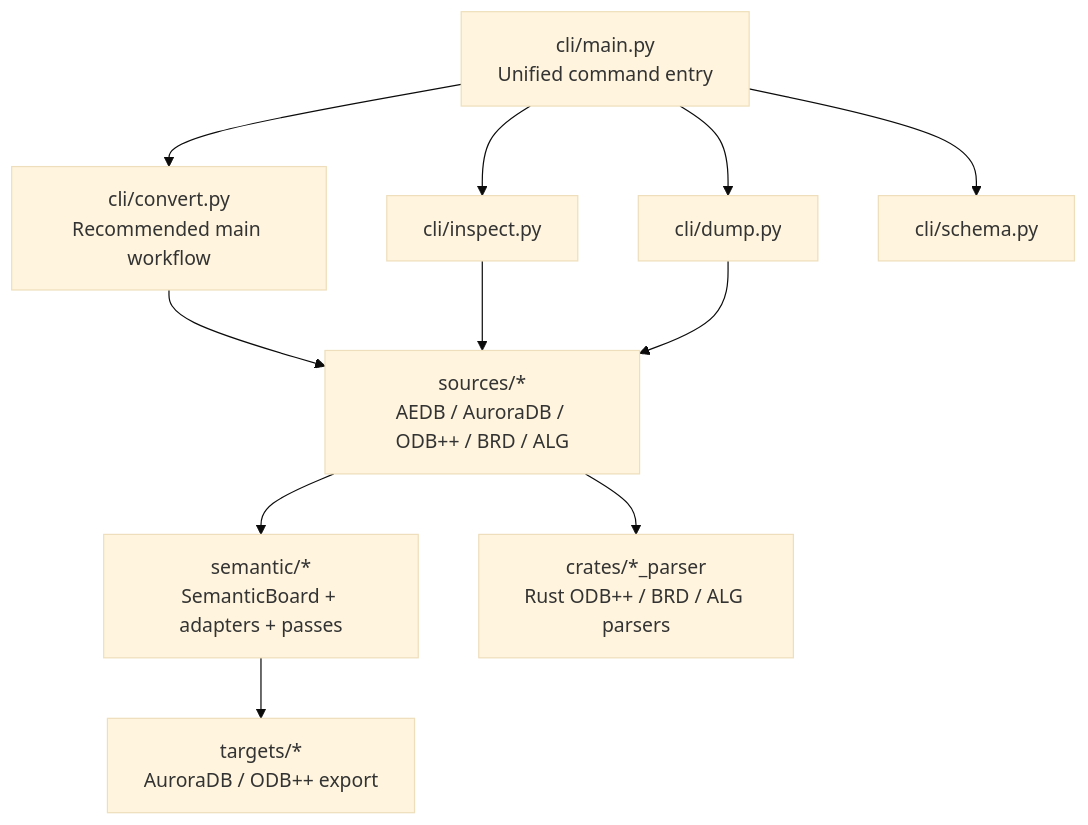
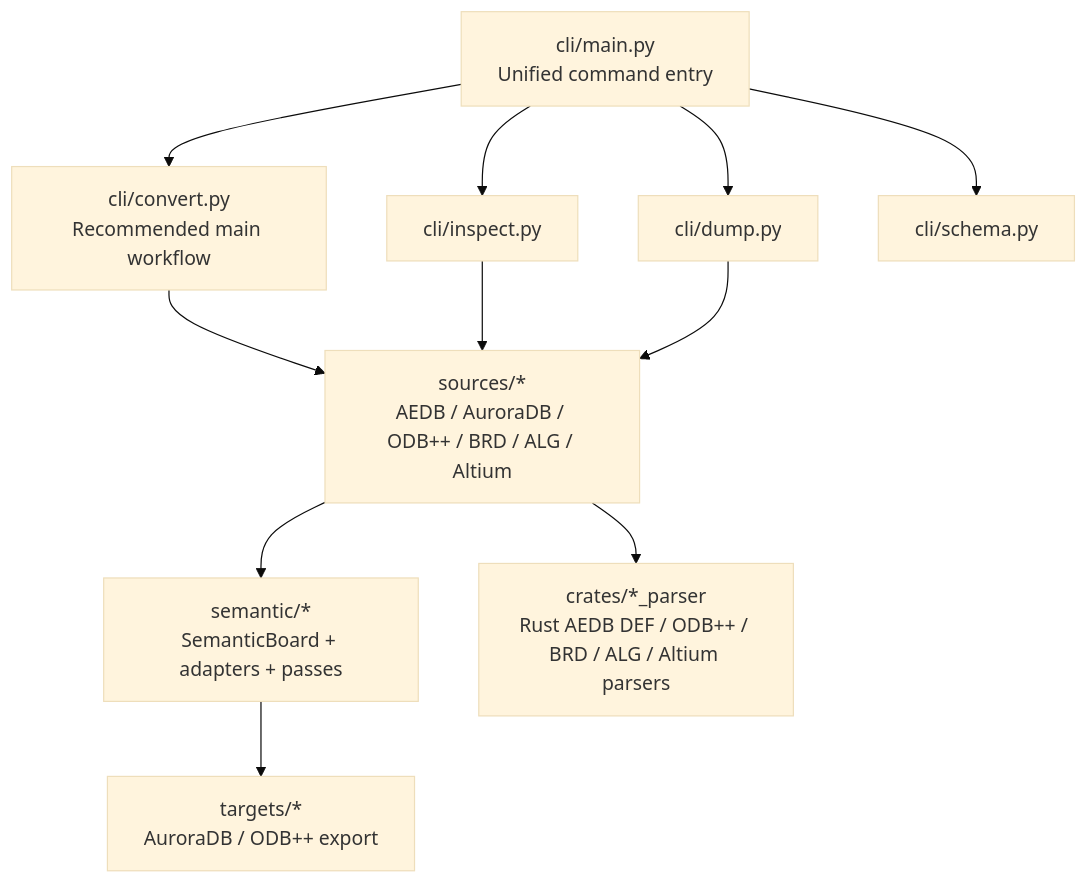
One commit to HaiwenZhang/ZenPCBParser changed the ninth of 16 diagrams in docs/architecture.md. Above: the diagram before and after it, drawn with Mermaid (base theme). The commit also changed other lines of this file and 29 other files, not shown here.

First line of the commit message:
feat(aedb): add Rust AEDB .def parser backend and domain extraction

````diff
--- a/docs/architecture.md
+++ b/docs/architecture.md
@@ -428,23 +431,23 @@
 ```mermaid
 flowchart TD
     cli["cli/main.py<br/>Unified command entry"]
     convert["cli/convert.py<br/>Recommended main workflow"]
     inspect["cli/inspect.py"]
     dump["cli/dump.py"]
     schema["cli/schema.py"]
 
-    sources["sources/*<br/>AEDB / AuroraDB / ODB++ / BRD / ALG"]
+    sources["sources/*<br/>AEDB / AuroraDB / ODB++ / BRD / ALG / Altium"]
     semantic["semantic/*<br/>SemanticBoard + adapters + passes"]
     targets["targets/*<br/>AuroraDB / ODB++ export"]
-    rust["crates/*_parser<br/>Rust ODB++ / BRD / ALG parsers"]
+    rust["crates/*_parser<br/>Rust AEDB DEF / ODB++ / BRD / ALG / Altium parsers"]
 
     cli --> convert
     cli --> inspect
     cli --> dump
     cli --> schema
     convert --> sources
     inspect --> sources
     dump --> sources
     sources --> rust
     sources --> semantic --> targets
 ```
````
